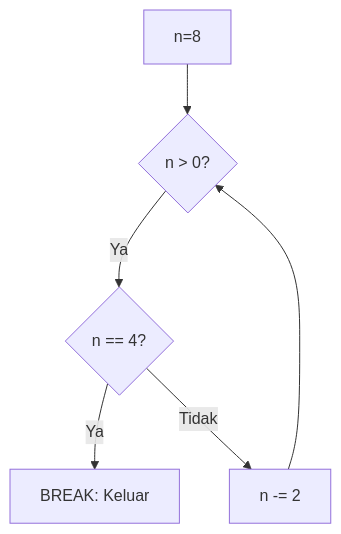
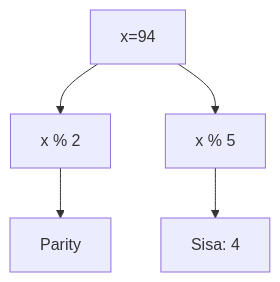
Before and after one commit to amnahwaida/OSNK_INF_PREP: diagram 17 of 25 in part-c-pemahaman-cpp/03-perulangan/latihan/set-10.md, drawn with Mermaid. The commit also changed other lines of this file and 71 other files, not shown here.

````diff
--- a/part-c-pemahaman-cpp/03-perulangan/latihan/set-10.md
+++ b/part-c-pemahaman-cpp/03-perulangan/latihan/set-10.md
@@ -588,8 +507,7 @@
 ```mermaid
 graph TD
-    A[n=8] --> B{n > 0?}
-    B -- Ya --> C{n == 4?}
-    C -- Ya --> D[BREAK: Keluar]
-    C -- Tidak --> E[n -= 2]
-    E --> B
+A[x=94] --> B[x % 2]
+B --> C[Parity]
+A --> D[x % 5]
+D --> E[Sisa: 4]
 ```
````
